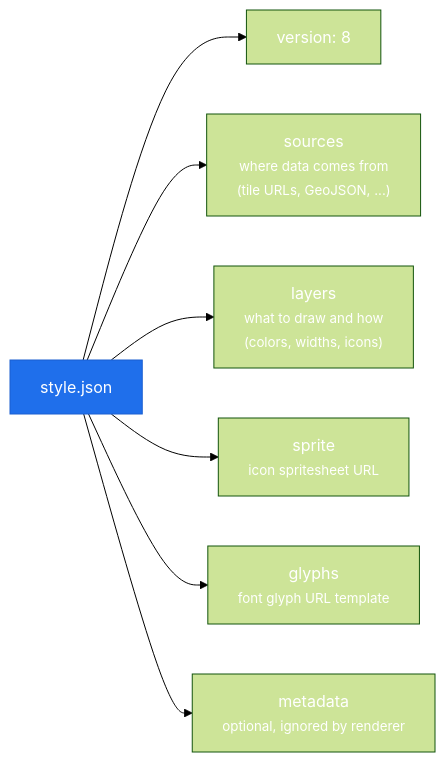
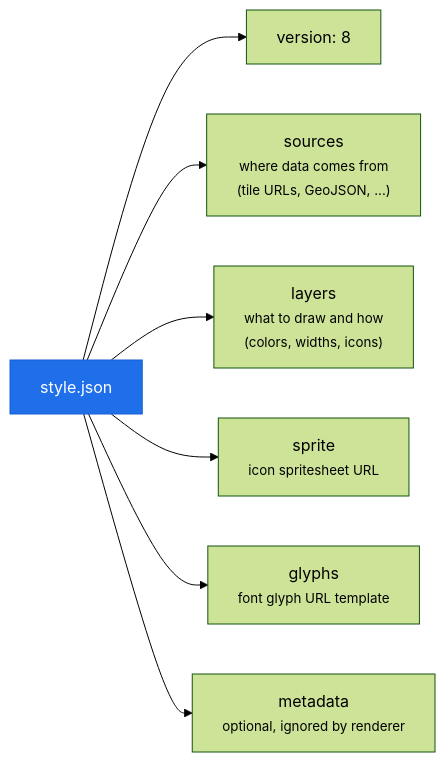
Before and after one commit to maplibre/flutter-maplibre-gl: the diagram in website/docs/concepts/styles.md, drawn with Mermaid (forest theme). The commit also changed other lines of this file and 364 other files, not shown here.

````diff
--- a/website/docs/concepts/styles.md
+++ b/website/docs/concepts/styles.md
@@ -7,13 +7,13 @@
 ```mermaid
 flowchart LR
     S["style.json"]
     S --> V["version: 8"]
     S --> SRC["sources<br/><small>where data comes from<br/>(tile URLs, GeoJSON, ...)</small>"]
     S --> L["layers<br/><small>what to draw and how<br/>(colors, widths, icons)</small>"]
     S --> SP["sprite<br/><small>icon spritesheet URL</small>"]
     S --> GL["glyphs<br/><small>font glyph URL template</small>"]
     S --> M["metadata<br/><small>optional, ignored by renderer</small>"]
 
-    classDef root fill:#1f6feb,stroke:#1a5fd0,color:#fff;
-    class S root
+    classDef emphasis fill:#1f6feb,stroke:#1a5fd0,color:#fff;
+    class S emphasis
 ```
````
